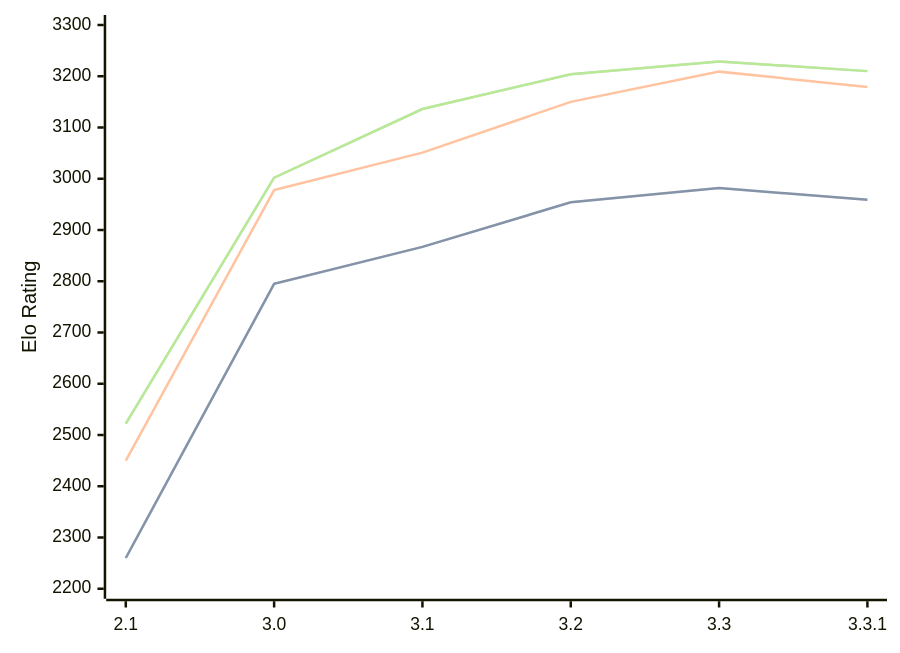
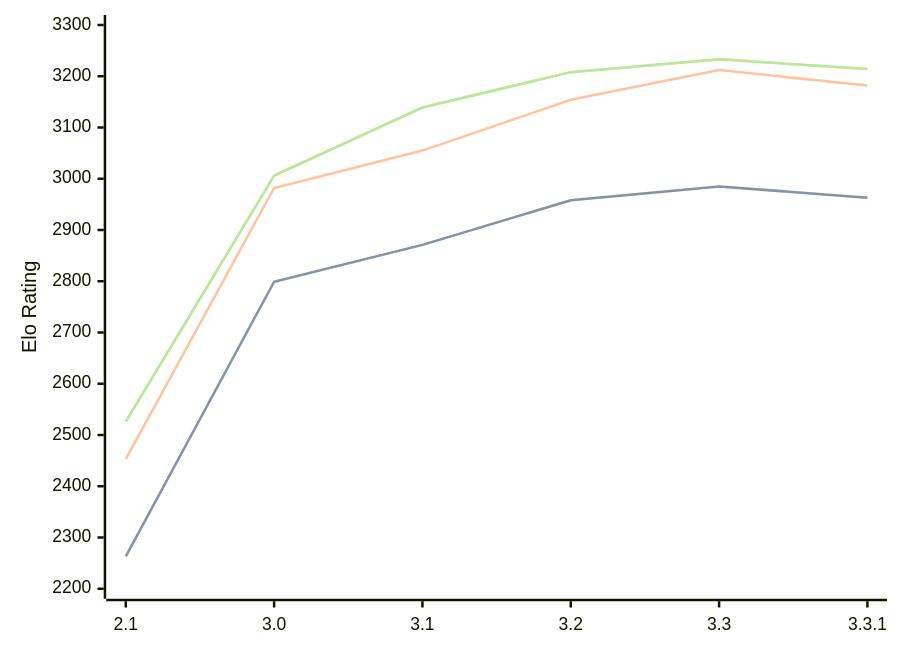
Before and after one commit to computer-chess-index/cci: the diagram in engines/Petrel.md, drawn with Mermaid. The commit also changed other lines of this file, not shown here.

Commit message:
Update CCI Ratings (ELO VLTC) - 2026-04-30

````diff
--- a/engines/Petrel.md
+++ b/engines/Petrel.md
@@ -45,11 +45,11 @@
 ```mermaid
 %%{init: {"theme":"base","themeVariables":{"seriesColors:['#a3a3a3','#222221','#faa371']}}}%%
 xychart-beta
   x-axis ["2.1", "3.0", "3.1", "3.2", "3.3", "3.3.1"]
   y-axis "Elo Rating" 2200 --> 3300
-  line "STC (8.0+0.08s)" [2260, 2795, 2867, 2954, 2982, 2959]
-  line "STC (8.0+0.08s)" [2260, 2795, 2867, 2954, 2982, 2959]
-  line "LTC (60.0+0.60s)" [2450, 2978, 3051, 3150, 3209, 3179]
-  line "VLTC (2m24s+1.12s)" [2522, 3002, 3136, 3204, 3229, 3210]
-  line "VLTC (2m24s+1.12s)" [2522, 3002, 3136, 3204, 3229, 3210]
+  line "STC (8.0+0.08s)" [2263, 2799, 2871, 2958, 2985, 2963]
+  line "STC (8.0+0.08s)" [2263, 2799, 2871, 2958, 2985, 2963]
+  line "LTC (60.0+0.60s)" [2453, 2982, 3055, 3154, 3212, 3182]
+  line "VLTC (2m24s+1.12s)" [2526, 3006, 3139, 3208, 3233, 3214]
+  line "VLTC (2m24s+1.12s)" [2526, 3006, 3139, 3208, 3233, 3214]
 ```
````
